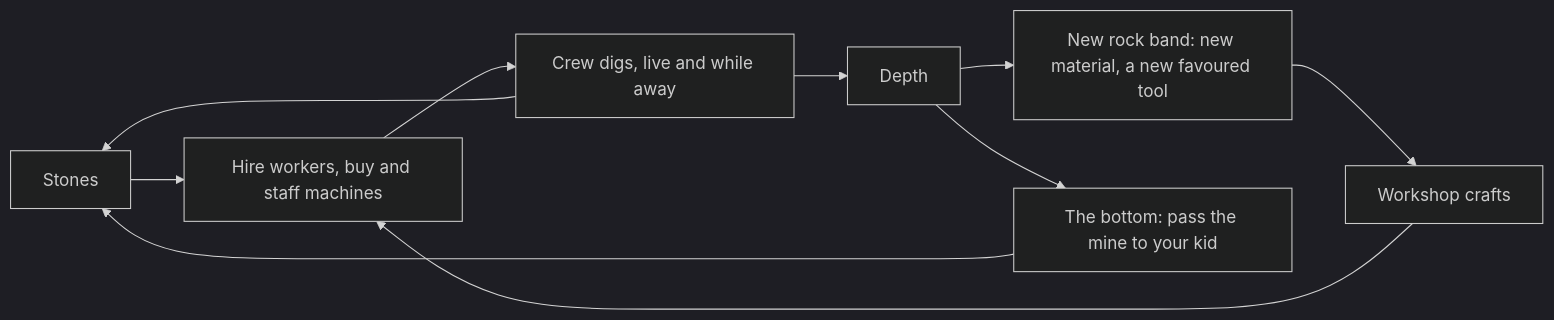
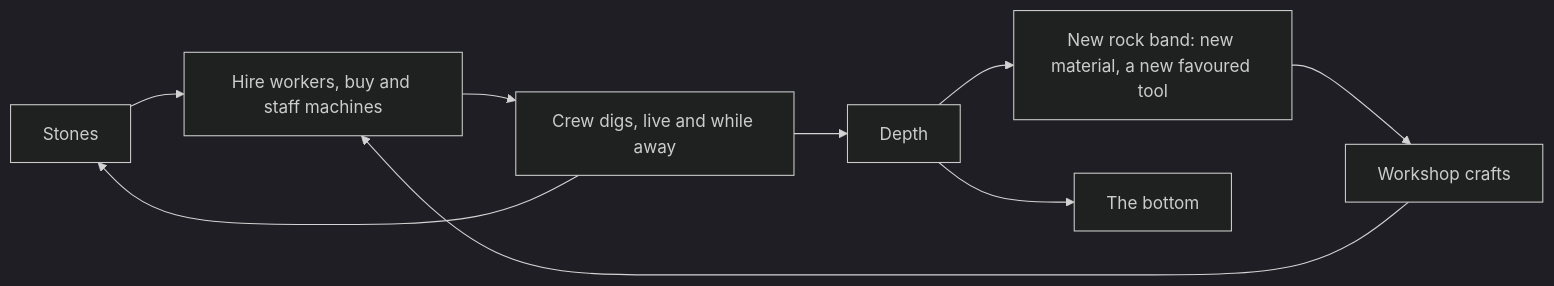
One commit to FBakkensen/Dad-Friendly-Game changed the diagram in docs/design-intent.md. Above: the diagram before and after it, drawn with Mermaid (dark theme). The commit also changed other lines of this file and 24 other files, not shown here.

````diff
--- a/docs/design-intent.md
+++ b/docs/design-intent.md
@@ -28,12 +28,11 @@
 ```mermaid
 flowchart LR
   S[Stones] --> B[Hire workers, buy and staff machines]
   B --> R[Crew digs, live and while away]
   R --> S
   R --> D[Depth]
   D --> L[New rock band: new material, a new favoured tool]
   L --> W[Workshop crafts]
   W --> B
-  D --> K[The bottom: pass the mine to your kid]
-  K --> S
+  D --> K[The bottom]
 ```
````
